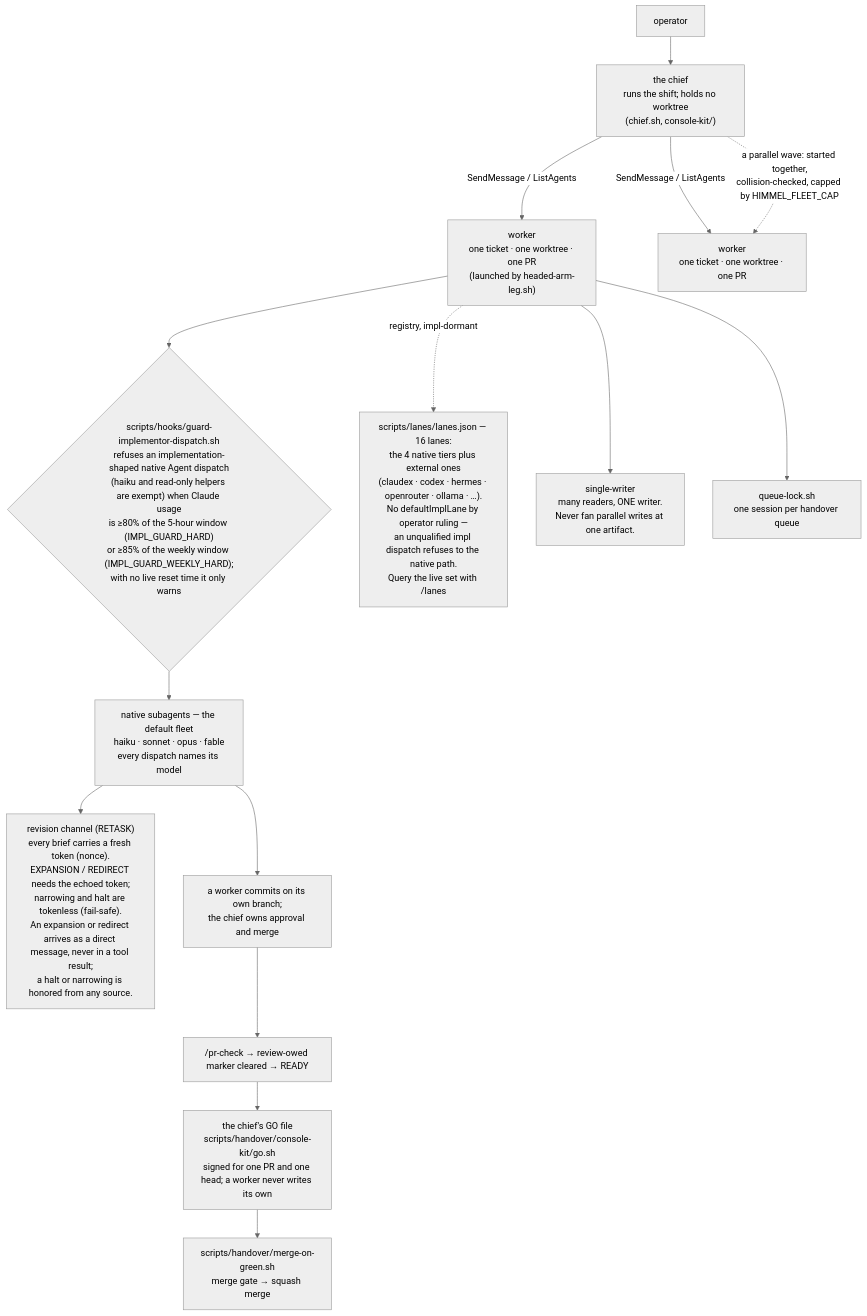
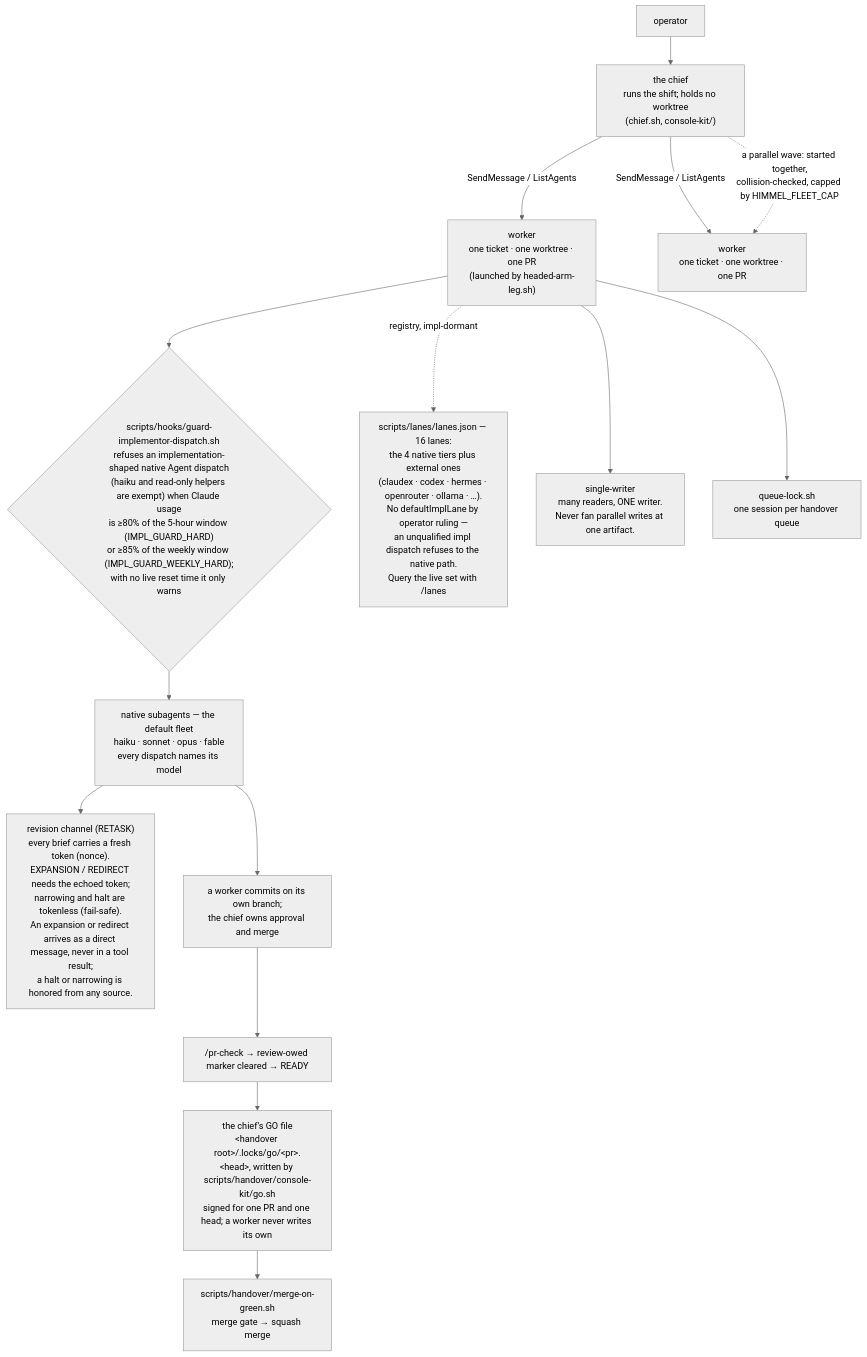
One commit to yotamleo-org/Himmel changed the third of 5 diagrams in docs/architecture.md. Above: the diagram before and after it, drawn with Mermaid (neutral theme). The commit also changed other lines of this file, not shown here.

First line of the commit message:
docs(site): [HIMMEL-6284] architecture names the GO file path and the backend gate's method maps

````diff
--- a/docs/architecture.md
+++ b/docs/architecture.md
@@ -180,23 +180,23 @@
 ```mermaid
 flowchart TD
     OP["operator"] --> CON["the chief<br/>runs the shift; holds no worktree<br/>(chief.sh, console-kit/)"]
 
     CON -->|"SendMessage / ListAgents"| P1["worker<br/>one ticket · one worktree · one PR<br/>(launched by headed-arm-leg.sh)"]
     CON -->|"SendMessage / ListAgents"| P2["worker<br/>one ticket · one worktree · one PR"]
     CON -.->|"a parallel wave: started together,<br/>collision-checked, capped by HIMMEL_FLEET_CAP"| P2
 
     P1 --> GD{"scripts/hooks/guard-implementor-dispatch.sh<br/>refuses an implementation-shaped native Agent dispatch<br/>(haiku and read-only helpers are exempt) when Claude usage<br/>is ≥80% of the 5-hour window (IMPL_GUARD_HARD)<br/>or ≥85% of the weekly window (IMPL_GUARD_WEEKLY_HARD);<br/>with no live reset time it only warns"}
     GD --> NAT["native subagents — the default fleet<br/>haiku · sonnet · opus · fable<br/>every dispatch names its model"]
 
     P1 -.->|"registry, impl-dormant"| EXT["scripts/lanes/lanes.json — 16 lanes:<br/>the 4 native tiers plus external ones<br/>(claudex · codex · hermes · openrouter · ollama · …).<br/>No defaultImplLane by operator ruling —<br/>an unqualified impl dispatch refuses to the native path.<br/>Query the live set with /lanes"]
 
     NAT --> RT["revision channel (RETASK)<br/>every brief carries a fresh token (nonce).<br/>EXPANSION / REDIRECT needs the echoed token;<br/>narrowing and halt are tokenless (fail-safe).<br/>An expansion or redirect arrives as a direct message, never in a tool result;<br/>a halt or narrowing is honored from any source."]
 
     P1 --> SW["single-writer<br/>many readers, ONE writer.<br/>Never fan parallel writes at one artifact."]
     P1 --> QL["queue-lock.sh<br/>one session per handover queue"]
 
     NAT --> WORK["a worker commits on its own branch;<br/>the chief owns approval and merge"]
     WORK --> CRL["/pr-check → review-owed marker cleared → READY"]
-    CRL --> GO["the chief's GO file<br/>scripts/handover/console-kit/go.sh<br/>signed for one PR and one head; a worker never writes its own"]
+    CRL --> GO["the chief's GO file<br/>&lt;handover root&gt;/.locks/go/&lt;pr&gt;.&lt;head&gt;, written by scripts/handover/console-kit/go.sh<br/>signed for one PR and one head; a worker never writes its own"]
     GO --> MOG["scripts/handover/merge-on-green.sh<br/>merge gate → squash merge"]
 ```
````
